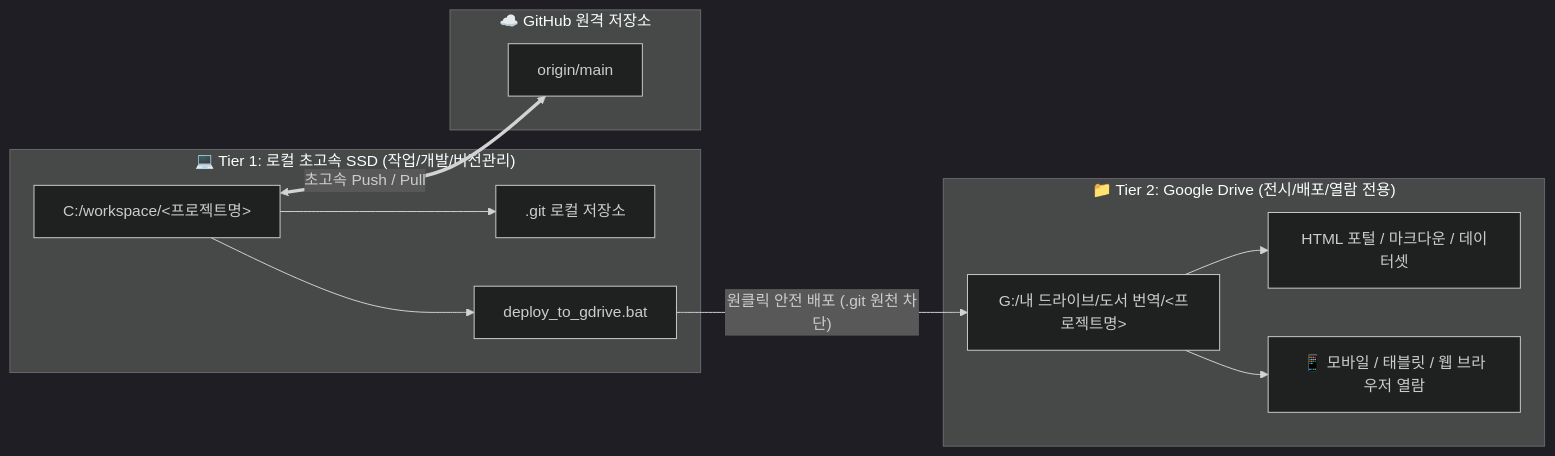
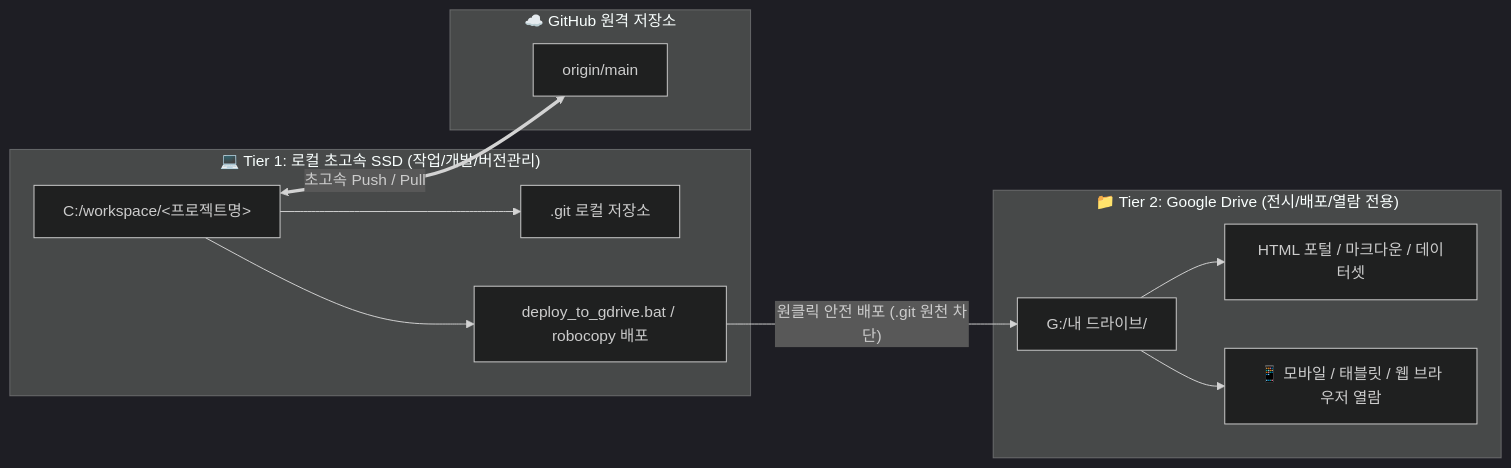
Before and after one commit to jaehyokim-sketch/acupoint_anatomy: the first of 2 diagrams in docs/Git_저장소_로컬_분리_설정_가이드.md, drawn with Mermaid (dark theme). The commit also changed other lines of this file, not shown here.

````diff
--- a/docs/Git_저장소_로컬_분리_설정_가이드.md
+++ b/docs/Git_저장소_로컬_분리_설정_가이드.md
@@ -26,17 +28,17 @@
 ```mermaid
 graph LR
     subgraph Tier1["💻 Tier 1: 로컬 초고속 SSD (작업/개발/버전관리)"]
         L["C:/workspace/<프로젝트명>"] --> Git[".git 로컬 저장소"]
-        L --> Tool["deploy_to_gdrive.bat"]
+        L --> Tool["deploy_to_gdrive.bat / robocopy 배포"]
     end
 
     subgraph GitHub["☁️ GitHub 원격 저장소"]
         L <==>|"초고속 Push / Pull"| GH["origin/main"]
     end
 
     subgraph Tier2["📁 Tier 2: Google Drive (전시/배포/열람 전용)"]
-        Tool -->|"원클릭 안전 배포 (.git 원천 차단)"| GD["G:/내 드라이브/도서 번역/<프로젝트명>"]
+        Tool -->|"원클릭 안전 배포 (.git 원천 차단)"| GD["G:/내 드라이브/<Drive 경로>"]
         GD --> View["HTML 포털 / 마크다운 / 데이터셋"]
         GD --> Mobile["📱 모바일 / 태블릿 / 웹 브라우저 열람"]
     end
 ```
````
